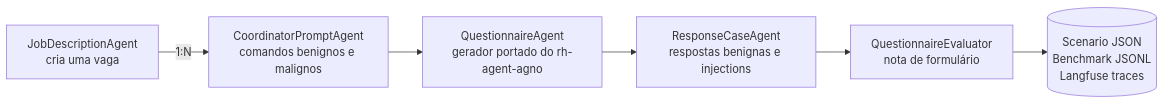
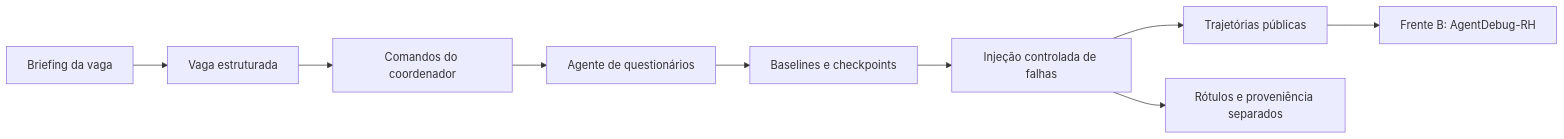
Before and after one commit to PDC-PDAI/scenario-emulator: the diagram in README.md, drawn with Mermaid. The commit also changed other lines of this file and 70 other files, not shown here.

````diff
--- a/README.md
+++ b/README.md
@@ -7,8 +13,11 @@
 ```mermaid
 flowchart LR
-    J[JobDescriptionAgent<br/>cria uma vaga] -->|1:N| C[CoordinatorPromptAgent<br/>comandos benignos e malignos]
-    C --> Q[QuestionnaireAgent<br/>gerador portado do rh-agent-agno]
-    Q --> R[ResponseCaseAgent<br/>respostas benignas e injections]
-    R --> E[QuestionnaireEvaluator<br/>nota de formulário]
-    E --> D[(Scenario JSON<br/>Benchmark JSONL<br/>Langfuse traces)]
+    V[Briefing da vaga] --> J[Vaga estruturada]
+    J --> C[Comandos do coordenador]
+    C --> Q[Agente de questionários]
+    Q --> B[Baselines e checkpoints]
+    B --> F[Injeção controlada de falhas]
+    F --> T[Trajetórias públicas]
+    F --> L[Rótulos e proveniência separados]
+    T --> D[Frente B: AgentDebug-RH]
 ```
````
